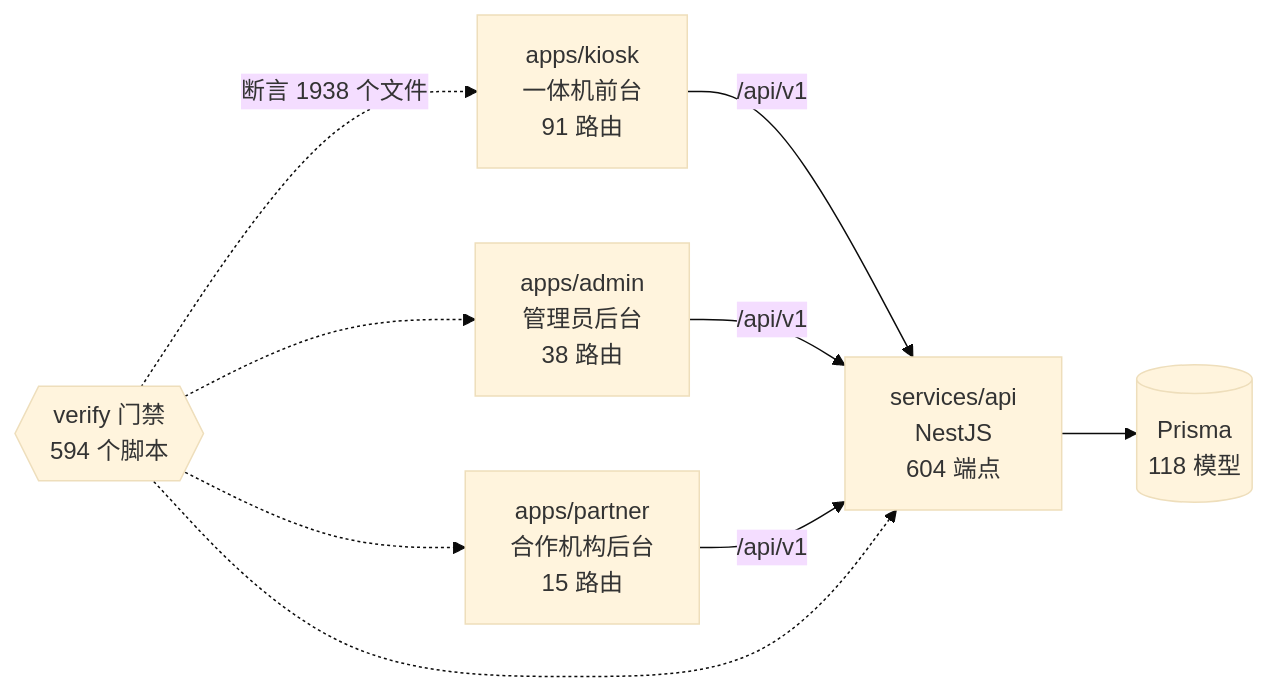
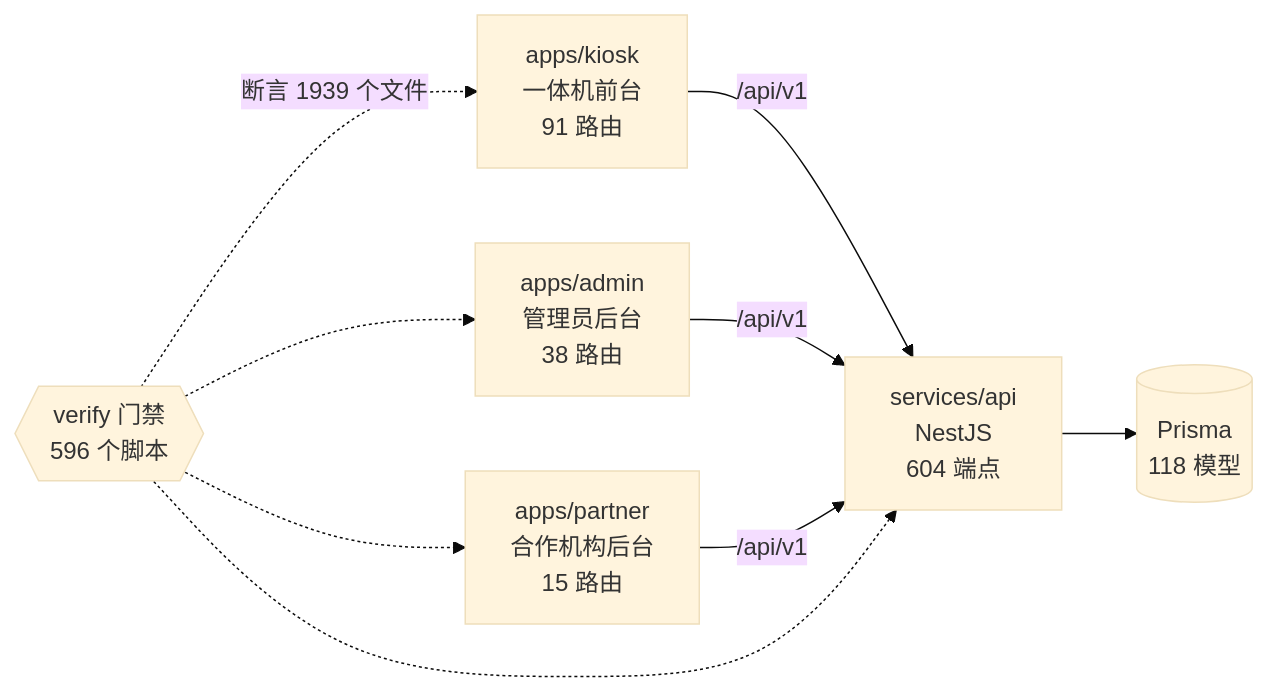
Before and after one commit to wanglei581/YITIJI: the diagram in docs/graph/README.md, drawn with Mermaid (base theme). The commit also changed other lines of this file and 10 other files, not shown here.

First line of the commit message:
fix(kiosk): 签名图二维码面板不再写「会员文件确认后归档」，进度文档与图谱（走查 I-14）

````diff
--- a/docs/graph/README.md
+++ b/docs/graph/README.md
@@ -68,18 +68,18 @@
 ```mermaid
 flowchart LR
   kiosk["apps/kiosk<br/>一体机前台<br/>91 路由"]
   admin["apps/admin<br/>管理员后台<br/>38 路由"]
   partner["apps/partner<br/>合作机构后台<br/>15 路由"]
   api["services/api<br/>NestJS<br/>604 端点"]
   db[("Prisma<br/>118 模型")]
-  gates{{"verify 门禁<br/>594 个脚本"}}
+  gates{{"verify 门禁<br/>596 个脚本"}}
 
   kiosk -->|"/api/v1"| api
   admin -->|"/api/v1"| api
   partner -->|"/api/v1"| api
   api --> db
-  gates -.->|"断言 1938 个文件"| kiosk
+  gates -.->|"断言 1939 个文件"| kiosk
   gates -.-> admin
   gates -.-> partner
   gates -.-> api
 ```
````
